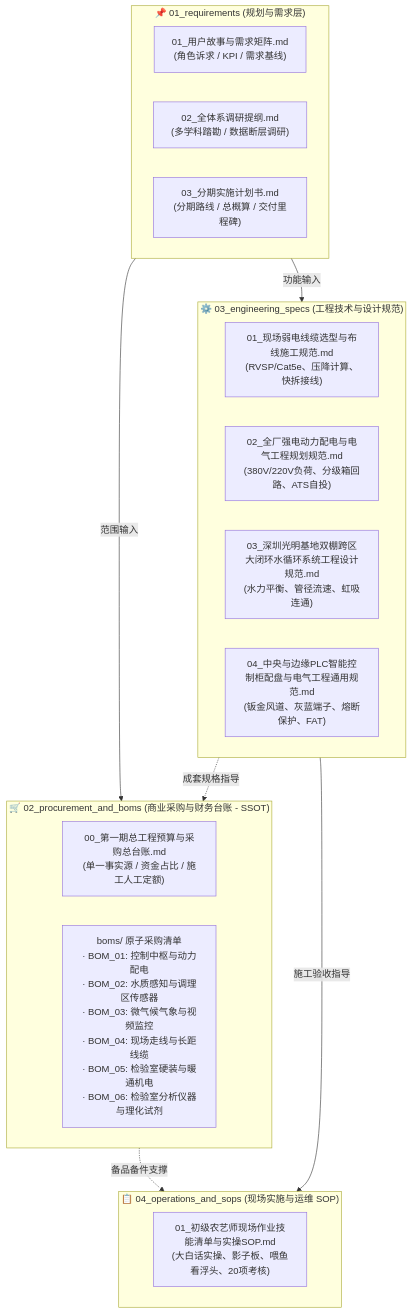
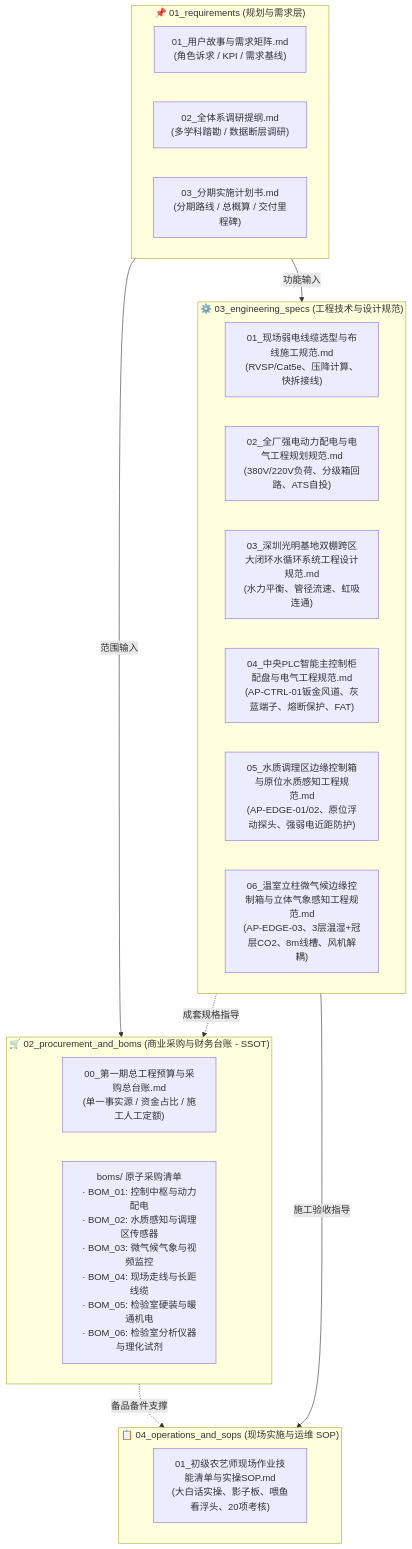
Before and after one commit to digitalboy/aquaponics: the diagram in docs/02_requirements_and_plans/README.md, drawn with Mermaid. The commit also changed other lines of this file and 18 other files, not shown here.

````diff
--- a/docs/02_requirements_and_plans/README.md
+++ b/docs/02_requirements_and_plans/README.md
@@ -13,30 +13,32 @@
 ```mermaid
 graph TD
     subgraph L1 ["📌 01_requirements (规划与需求层)"]
         Req1["01_用户故事与需求矩阵.md<br>(角色诉求 / KPI / 需求基线)"]
         Req2["02_全体系调研提纲.md<br>(多学科踏勘 / 数据断层调研)"]
         Req3["03_分期实施计划书.md<br>(分期路线 / 总概算 / 交付里程碑)"]
     end
 
     subgraph L2 ["🛒 02_procurement_and_boms (商业采购与财务台账 - SSOT)"]
         Ledger["00_第一期总工程预算与采购总台账.md<br>(单一事实源 / 资金占比 / 施工人工定额)"]
         BOMs["boms/ 原子采购清单<br>· BOM_01: 控制中枢与动力配电<br>· BOM_02: 水质感知与调理区传感器<br>· BOM_03: 微气候气象与视频监控<br>· BOM_04: 现场走线与长距线缆<br>· BOM_05: 检验室硬装与暖通机电<br>· BOM_06: 检验室分析仪器与理化试剂"]
     end
 
     subgraph L3 ["⚙️ 03_engineering_specs (工程技术与设计规范)"]
         Spec1["01_现场弱电线缆选型与布线施工规范.md<br>(RVSP/Cat5e、压降计算、快拆接线)"]
         Spec2["02_全厂强电动力配电与电气工程规划规范.md<br>(380V/220V负荷、分级箱回路、ATS自投)"]
         Spec3["03_深圳光明基地双棚跨区大闭环水循环系统工程设计规范.md<br>(水力平衡、管径流速、虹吸连通)"]
-        Spec4["04_中央与边缘PLC智能控制柜配盘与电气工程通用规范.md<br>(钣金风道、灰蓝端子、熔断保护、FAT)"]
+        Spec4["04_中央PLC智能主控制柜配盘与电气工程规范.md<br>(AP-CTRL-01钣金风道、灰蓝端子、熔断保护、FAT)"]
+        Spec5["05_水质调理区边缘控制箱与原位水质感知工程规范.md<br>(AP-EDGE-01/02、原位浮动探头、强弱电近距防护)"]
+        Spec6["06_温室立柱微气候边缘控制箱与立体气象感知工程规范.md<br>(AP-EDGE-03、3层温湿+冠层CO2、8m线槽、风机解耦)"]
     end
 
     subgraph L4 ["📋 04_operations_and_sops (现场实施与运维 SOP)"]
         SOP1["01_初级农艺师现场作业技能清单与实操SOP.md<br>(大白话实操、影子板、喂鱼看浮头、20项考核)"]
     end
 
     L1 -->|范围输入| L2
     L1 -->|功能输入| L3
     L3 -.->|成套规格指导| L2
     L3 -->|施工验收指导| L4
     L2 -.->|备品备件支撑| L4
 ```
````
